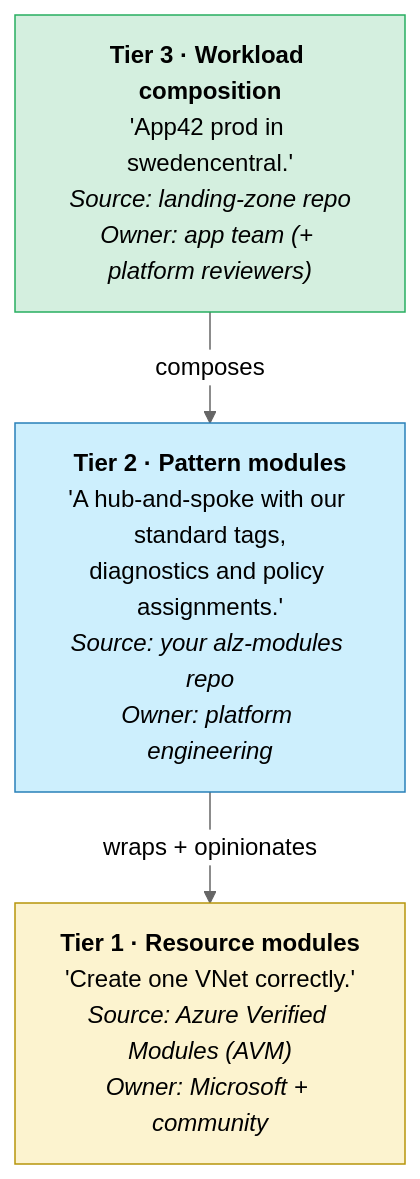
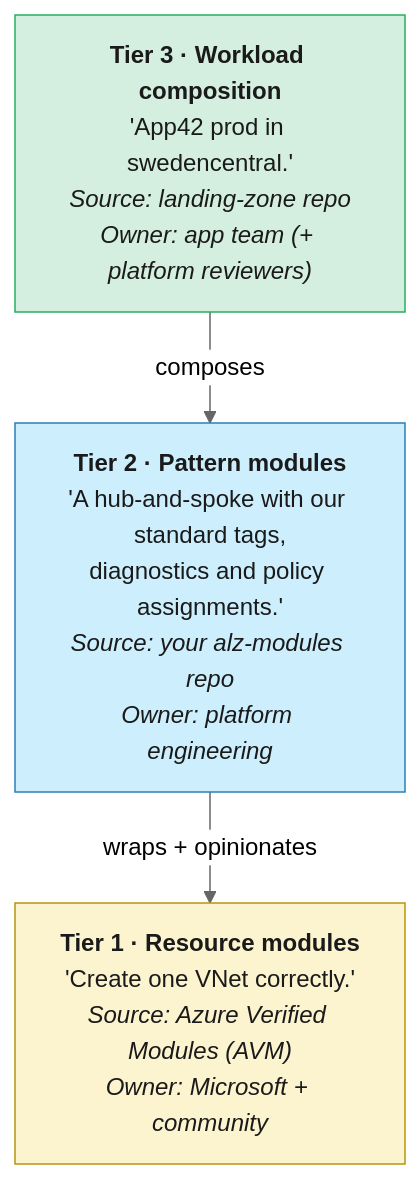
One commit to erjosito/alz-repo-best-practices changed the diagram in docs/03-modules-and-registries.md. Above: the diagram before and after it, drawn with Mermaid (neutral theme). The commit also changed other lines of this file and 12 other files, not shown here.

First line of the commit message:
Add glossary boxes, fix diagram readability, replace broken Diátaxis chart

````diff
--- a/docs/03-modules-and-registries.md
+++ b/docs/03-modules-and-registries.md
@@ -35,16 +35,16 @@
 ```mermaid
 flowchart TB
     T1["<b>Tier 1 · Resource modules</b><br/>'Create one VNet correctly.'<br/><i>Source: Azure Verified Modules (AVM)</i><br/><i>Owner: Microsoft + community</i>"]
     T2["<b>Tier 2 · Pattern modules</b><br/>'A hub-and-spoke with our standard tags,<br/>diagnostics and policy assignments.'<br/><i>Source: your alz-modules repo</i><br/><i>Owner: platform engineering</i>"]
     T3["<b>Tier 3 · Workload composition</b><br/>'App42 prod in swedencentral.'<br/><i>Source: landing-zone repo</i><br/><i>Owner: app team (+ platform reviewers)</i>"]
 
     T3 -->|composes| T2
     T2 -->|wraps + opinionates| T1
 
-    classDef t1 fill:#fcf3cf,stroke:#b7950b
-    classDef t2 fill:#cdeffd,stroke:#2980b9
-    classDef t3 fill:#d4efdf,stroke:#27ae60
+    classDef t1 fill:#fcf3cf,stroke:#b7950b,color:#1a1a1a
+    classDef t2 fill:#cdeffd,stroke:#2980b9,color:#1a1a1a
+    classDef t3 fill:#d4efdf,stroke:#27ae60,color:#1a1a1a
     class T1 t1
     class T2 t2
     class T3 t3
 ```
````
